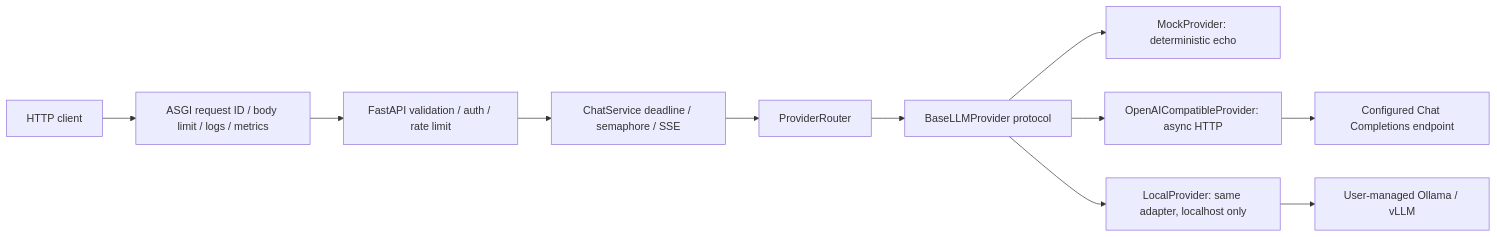
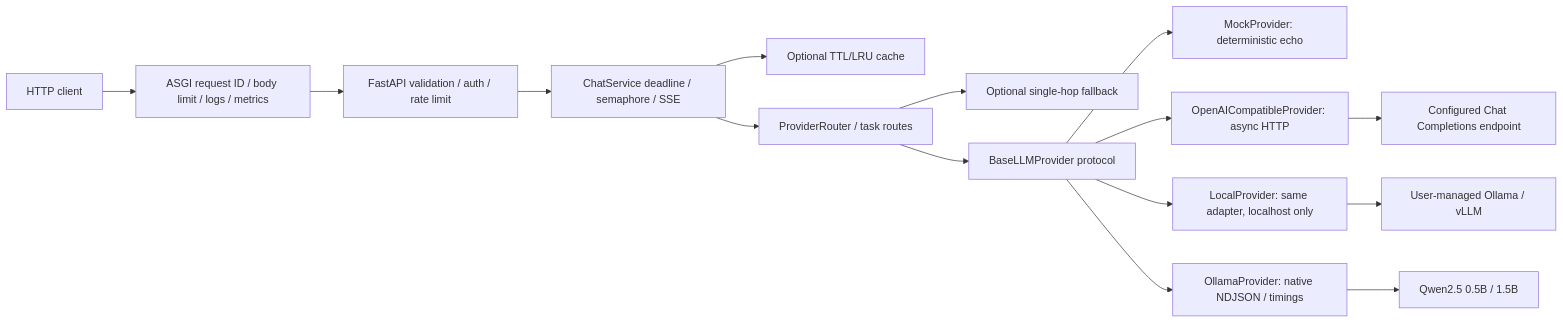
Before and after one commit to FouHe0720/llm-gateway-service: the diagram in README.md, drawn with Mermaid. The commit also changed other lines of this file and 41 other files, not shown here.

````diff
--- a/README.md
+++ b/README.md
@@ -21,13 +23,17 @@
 ```mermaid
 flowchart LR
     C[HTTP client] --> M[ASGI request ID / body limit / logs / metrics]
     M --> A[FastAPI validation / auth / rate limit]
     A --> S[ChatService deadline / semaphore / SSE]
-    S --> R[ProviderRouter]
+    S --> CA[Optional TTL/LRU cache]
+    S --> R[ProviderRouter / task routes]
+    R --> F[Optional single-hop fallback]
     R --> P[BaseLLMProvider protocol]
     P --> K[MockProvider: deterministic echo]
     P --> O[OpenAICompatibleProvider: async HTTP]
     P --> L[LocalProvider: same adapter, localhost only]
+    P --> N[OllamaProvider: native NDJSON / timings]
+    N --> Q[Qwen2.5 0.5B / 1.5B]
     O --> U[Configured Chat Completions endpoint]
     L --> V[User-managed Ollama / vLLM]
 ```
````
